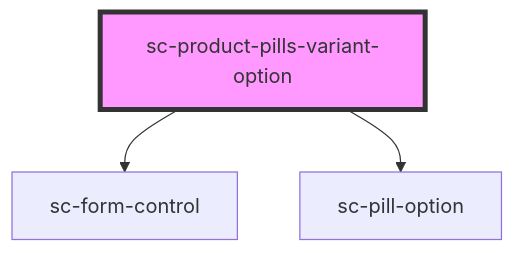
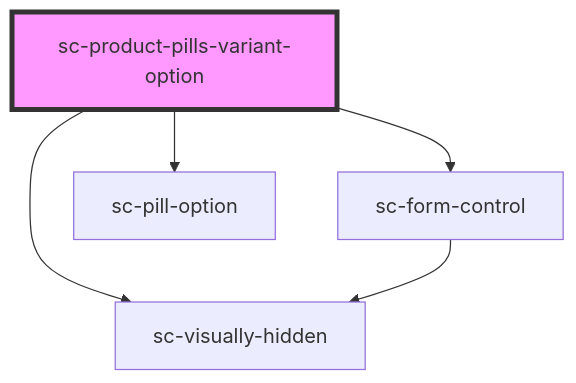
The diagram in packages/components/src/components/controllers/product/sc-product-pills-variant-option/readme.md (surecart/surecart-wp-plugin), drawn with Mermaid before and after one commit. The commit also changed other lines of this file and 98 other files, not shown here.

````diff
--- a/packages/components/src/components/controllers/product/sc-product-pills-variant-option/readme.md
+++ b/packages/components/src/components/controllers/product/sc-product-pills-variant-option/readme.md
@@ -24,6 +25,8 @@
 ```mermaid
 graph TD;
   sc-product-pills-variant-option --> sc-form-control
   sc-product-pills-variant-option --> sc-pill-option
+  sc-product-pills-variant-option --> sc-visually-hidden
+  sc-form-control --> sc-visually-hidden
   style sc-product-pills-variant-option fill:#f9f,stroke:#333,stroke-width:4px
 ```
````
